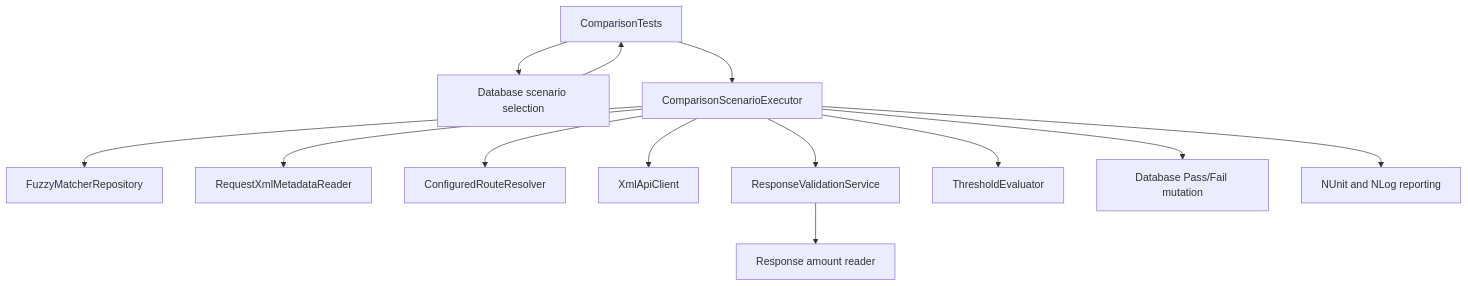
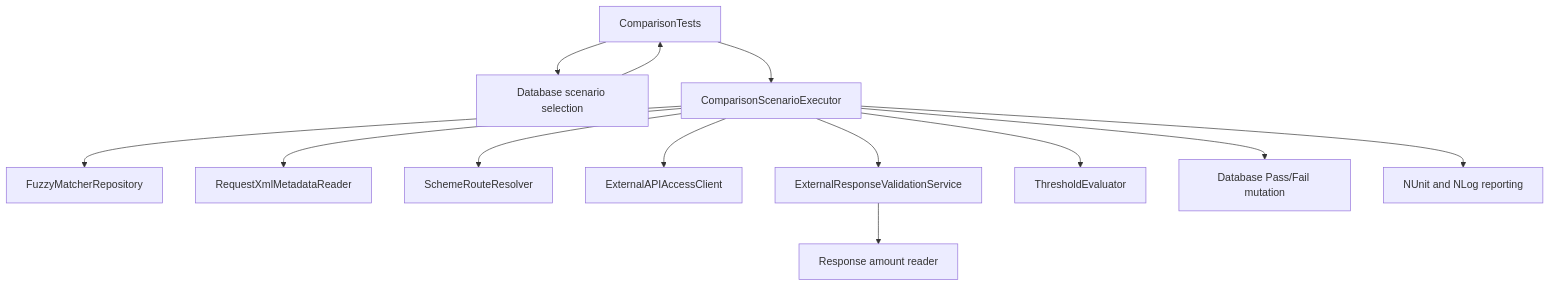
Before and after one commit to ChetanChohan7/playwright-bdd-acorn: the third of 3 diagrams in FuzzyPricingMatcher/docs/architecture.md, drawn with Mermaid. The commit also changed other lines of this file and 108 other files, not shown here.

````diff
--- a/FuzzyPricingMatcher/docs/architecture.md
+++ b/FuzzyPricingMatcher/docs/architecture.md
@@ -328,28 +328,28 @@
 ```mermaid
 flowchart TD
     CT[ComparisonTests]
     SOURCE[Database scenario selection]
     EXEC[ComparisonScenarioExecutor]
     REPO[FuzzyMatcherRepository]
     XML[RequestXmlMetadataReader]
-    ROUTE[ConfiguredRouteResolver]
-    API[XmlApiClient]
-    VALIDATE[ResponseValidationService]
+    ROUTE[SchemeRouteResolver]
+    API[ExternalAPIAccessClient]
+    VALIDATE[ExternalResponseValidationService]
     AMOUNT[Response amount reader]
     THRESHOLD[ThresholdEvaluator]
     UPDATE[Database Pass/Fail mutation]
     REPORT[NUnit and NLog reporting]
 
     CT --> SOURCE
     SOURCE --> CT
     CT --> EXEC
     EXEC --> REPO
     EXEC --> XML
     EXEC --> ROUTE
     EXEC --> API
     EXEC --> VALIDATE
     VALIDATE --> AMOUNT
     EXEC --> THRESHOLD
     EXEC --> UPDATE
     EXEC --> REPORT
 ```
````
